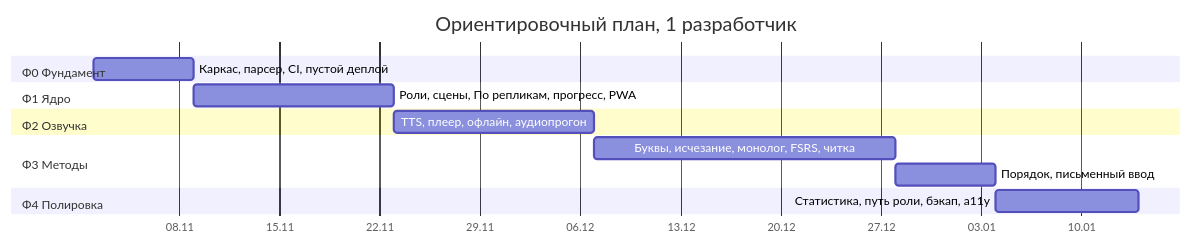
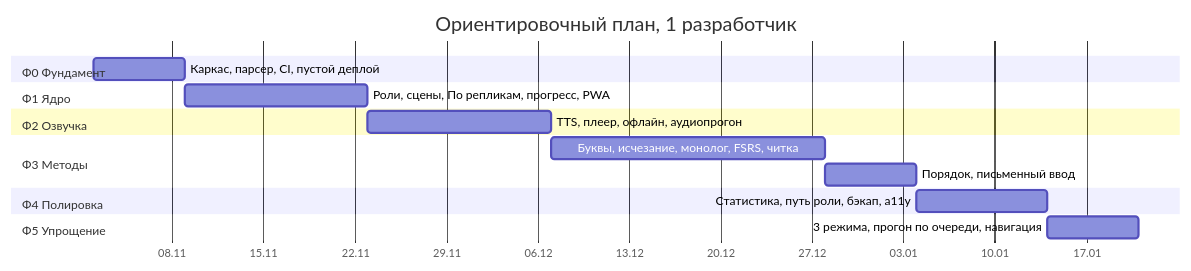
One commit to Veldmord/text-learning changed the eighth of 8 diagrams in docs/ARCHITECTURE.md. Above: the diagram before and after it, drawn with Mermaid. The commit also changed other lines of this file and 61 other files, not shown here.

````diff
--- a/docs/ARCHITECTURE.md
+++ b/docs/ARCHITECTURE.md
@@ -960,17 +941,19 @@
 ```mermaid
 gantt
   title Ориентировочный план, 1 разработчик
   dateFormat YYYY-MM-DD
   axisFormat %d.%m
   section Ф0 Фундамент
   Каркас, парсер, CI, пустой деплой         :f0, 2026-11-02, 7d
   section Ф1 Ядро
   Роли, сцены, По репликам, прогресс, PWA   :f1, after f0, 14d
   section Ф2 Озвучка
   TTS, плеер, офлайн, аудиопрогон           :f2, after f1, 14d
   section Ф3 Методы
   Буквы, исчезание, монолог, FSRS, читка    :f3, after f2, 21d
   Порядок, письменный ввод                  :f3b, after f3, 7d
   section Ф4 Полировка
   Статистика, путь роли, бэкап, a11y        :f4, after f3b, 10d
+  section Ф5 Упрощение
+  3 режима, прогон по очереди, навигация    :f5, after f4, 7d
 ```
````
